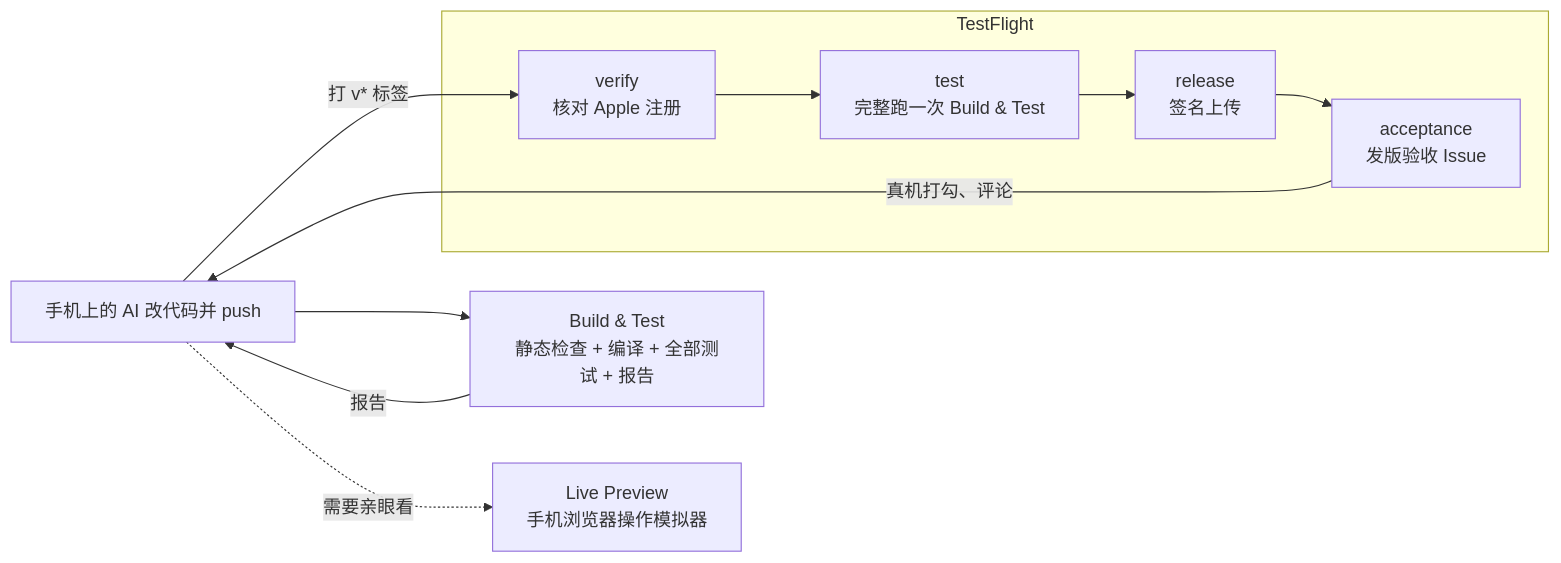
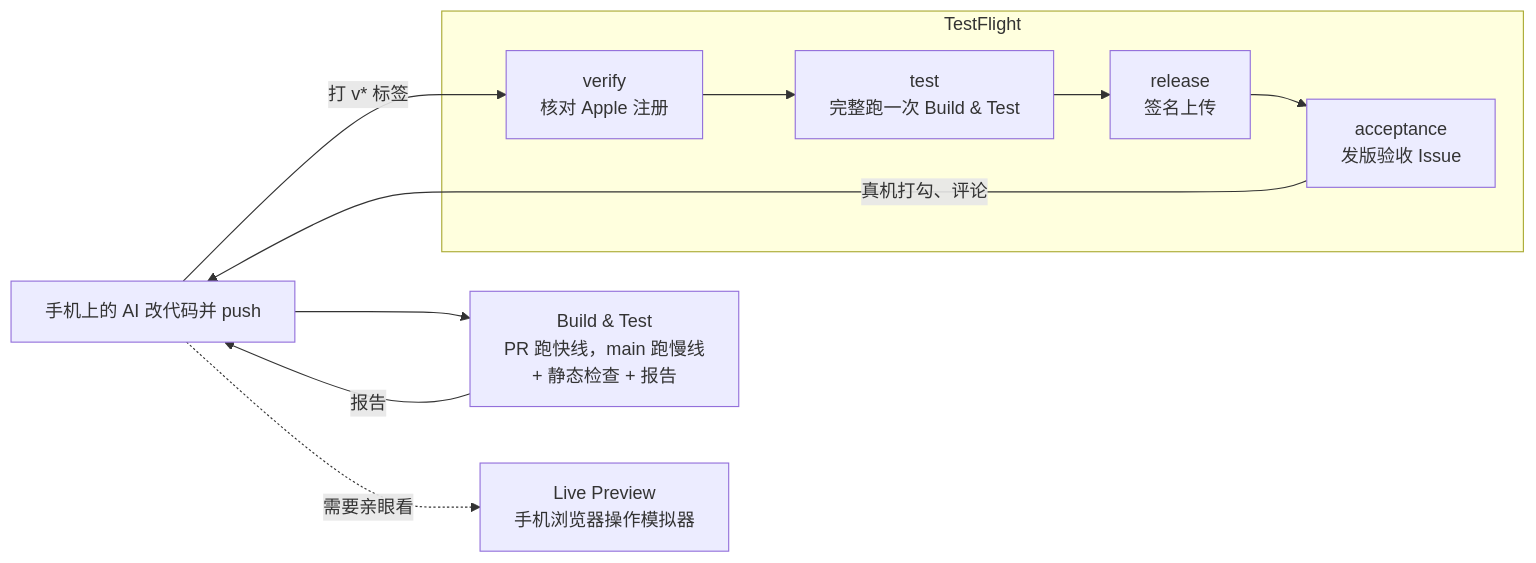
Before and after one commit to wenjinliuu/ios-ci-workflows: the diagram in docs/workflows.md, drawn with Mermaid. The commit also changed other lines of this file and 11 other files, not shown here.

````diff
--- a/docs/workflows.md
+++ b/docs/workflows.md
@@ -18,11 +18,11 @@
 ```mermaid
 flowchart LR
-  AI[手机上的 AI 改代码并 push] --> BT[Build & Test<br/>静态检查 + 编译 + 全部测试 + 报告]
+  AI[手机上的 AI 改代码并 push] --> BT[Build & Test<br/>PR 跑快线，main 跑慢线<br/>+ 静态检查 + 报告]
   BT -->|报告| AI
   AI -.需要亲眼看.-> LP[Live Preview<br/>手机浏览器操作模拟器]
   AI -->|打 v* 标签| V
   subgraph TF[TestFlight]
     V[verify<br/>核对 Apple 注册] --> T[test<br/>完整跑一次 Build & Test] --> R[release<br/>签名上传] --> A[acceptance<br/>发版验收 Issue]
   end
   A -->|真机打勾、评论| AI
 ```
````
